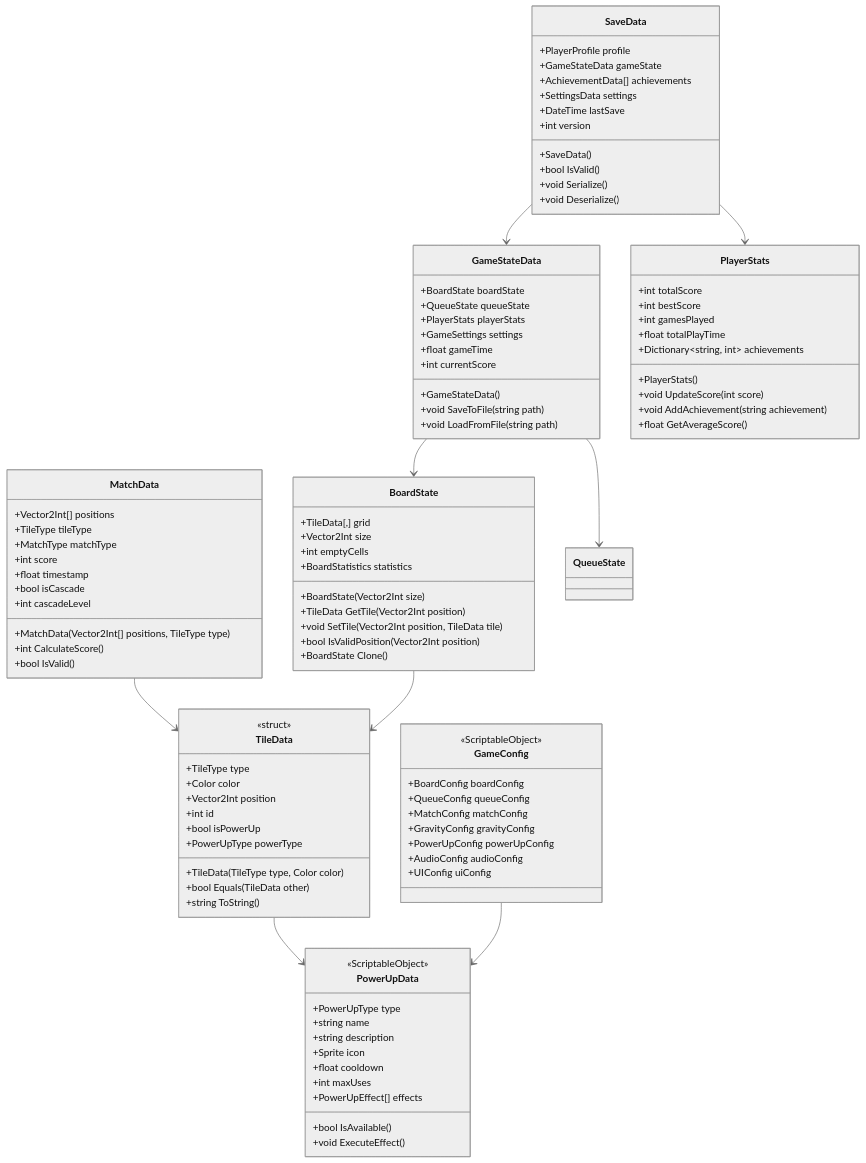
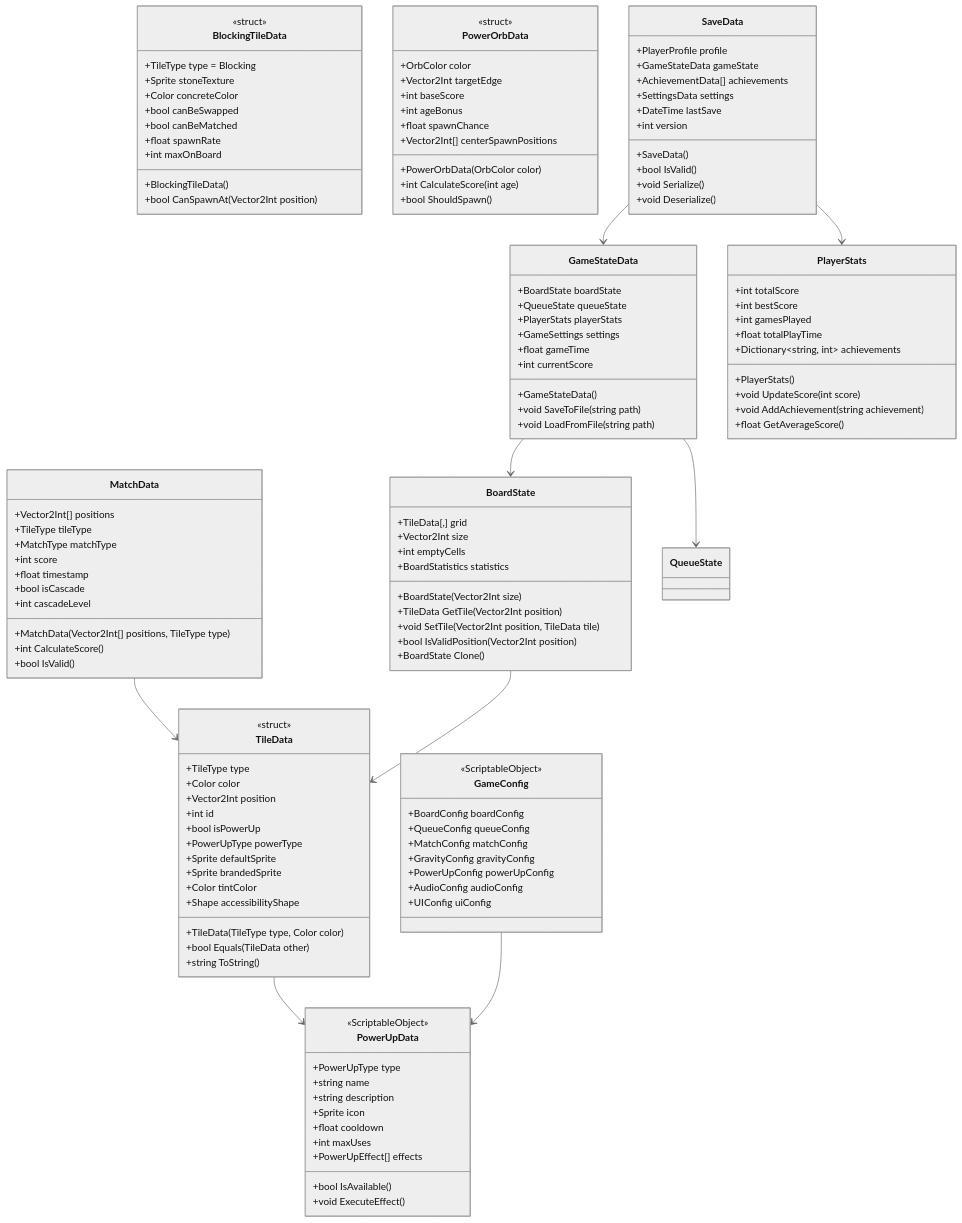
Before and after one commit to uriahwhitt/SWITCH: the tenth of 33 diagrams in docs/architecture/SWITCH_system_architecture.md, drawn with Mermaid (neutral theme). The commit also changed other lines of this file and 42 other files, not shown here.

```diff
--- a/docs/architecture/SWITCH_system_architecture.md
+++ b/docs/architecture/SWITCH_system_architecture.md
@@ -630,9 +716,39 @@
         +int id
         +bool isPowerUp
         +PowerUpType powerType
+        +Sprite defaultSprite
+        +Sprite brandedSprite
+        +Color tintColor
+        +Shape accessibilityShape
         +TileData(TileType type, Color color)
         +bool Equals(TileData other)
         +string ToString()
+    }
+    
+    class BlockingTileData {
+        <<struct>>
+        +TileType type = Blocking
+        +Sprite stoneTexture
+        +Color concreteColor
+        +bool canBeSwapped
+        +bool canBeMatched
+        +float spawnRate
+        +int maxOnBoard
+        +BlockingTileData()
+        +bool CanSpawnAt(Vector2Int position)
+    }
+    
+    class PowerOrbData {
+        <<struct>>
+        +OrbColor color
+        +Vector2Int targetEdge
+        +int baseScore
+        +int ageBonus
+        +float spawnChance
+        +Vector2Int[] centerSpawnPositions
+        +PowerOrbData(OrbColor color)
+        +int CalculateScore(int age)
+        +bool ShouldSpawn()
     }
     
     class MatchData {
```
